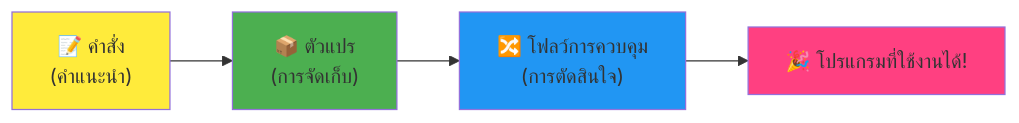
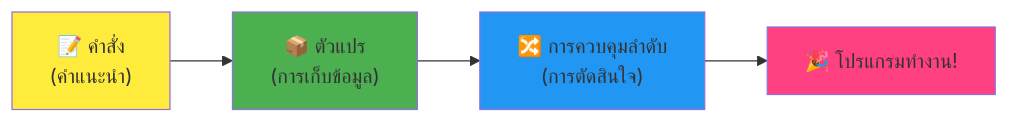
Before and after one commit to microsoft/Web-Dev-For-Beginners: the fourth of 7 diagrams in translations/th/1-getting-started-lessons/1-intro-to-programming-languages/README.md, drawn with Mermaid. The commit also changed other lines of this file and 11 other files, not shown here.

````diff
--- a/translations/th/1-getting-started-lessons/1-intro-to-programming-languages/README.md
+++ b/translations/th/1-getting-started-lessons/1-intro-to-programming-languages/README.md
@@ -466,9 +466,9 @@
 ```mermaid
 flowchart LR
-    A["📝 คำสั่ง<br/>(คำแนะนำ)"] --> B["📦 ตัวแปร<br/>(การจัดเก็บ)"] --> C["🔀 โฟลว์การควบคุม<br/>(การตัดสินใจ)"] --> D["🎉 โปรแกรมที่ใช้งานได้!"]
+    A["📝 คำสั่ง<br/>(คำแนะนำ)"] --> B["📦 ตัวแปร<br/>(การเก็บข้อมูล)"] --> C["🔀 การควบคุมลำดับ<br/>(การตัดสินใจ)"] --> D["🎉 โปรแกรมทำงาน!"]
     
     style A fill:#ffeb3b
     style B fill:#4caf50
     style C fill:#2196f3
     style D fill:#ff4081
-```  
+```
````
